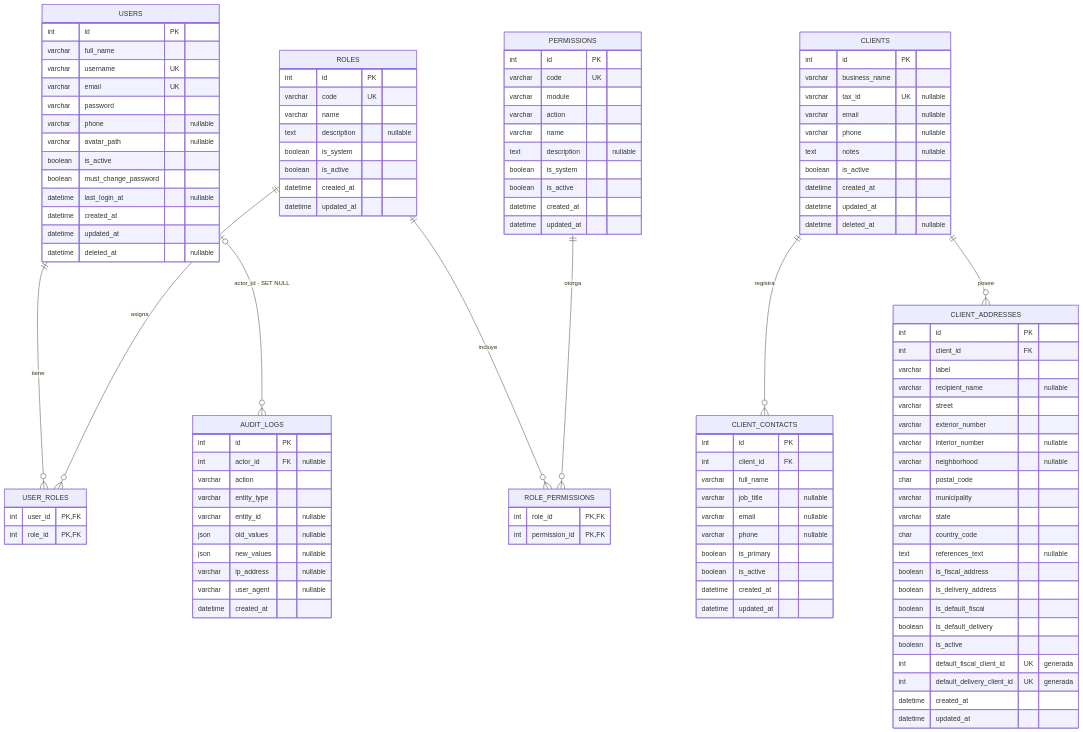
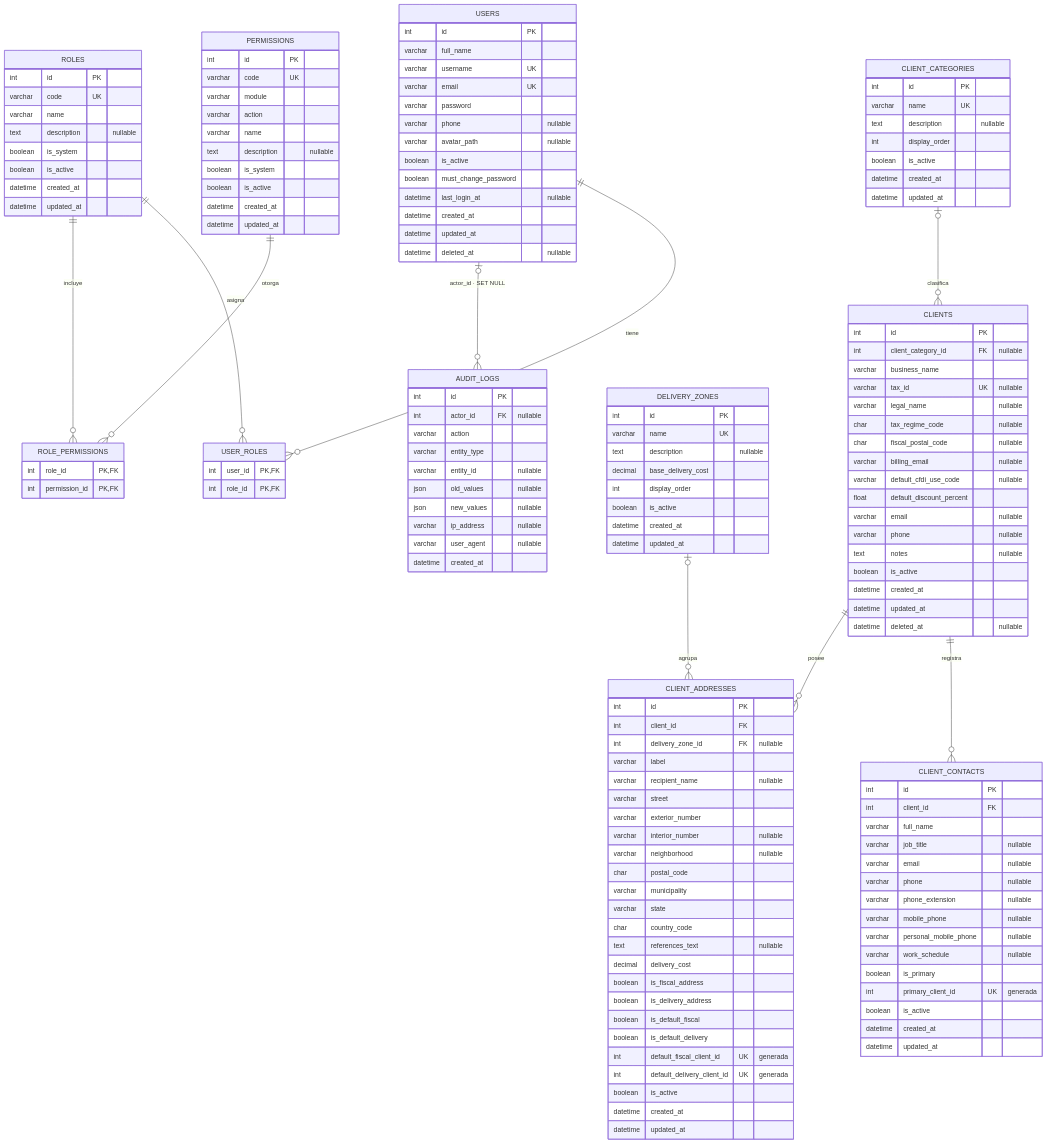
The diagram in PrintFlow_Contexto_24-07.md (UrielCG1/PrintFlow), drawn with Mermaid before and after one commit. The commit also changed other lines of this file and 46 other files, not shown here.

````diff
--- a/PrintFlow_Contexto_24-07.md
+++ b/PrintFlow_Contexto_24-07.md
@@ -398,10 +398,38 @@
         datetime created_at
     }
 
+    CLIENT_CATEGORIES {
+        int id PK
+        varchar name UK
+        text description "nullable"
+        int display_order
+        boolean is_active
+        datetime created_at
+        datetime updated_at
+    }
+
+    DELIVERY_ZONES {
+        int id PK
+        varchar name UK
+        text description "nullable"
+        decimal base_delivery_cost
+        int display_order
+        boolean is_active
+        datetime created_at
+        datetime updated_at
+    }
+
     CLIENTS {
         int id PK
+        int client_category_id FK "nullable"
         varchar business_name
         varchar tax_id UK "nullable"
+        varchar legal_name "nullable"
+        char tax_regime_code "nullable"
+        char fiscal_postal_code "nullable"
+        varchar billing_email "nullable"
+        varchar default_cfdi_use_code "nullable"
+        float default_discount_percent
         varchar email "nullable"
         varchar phone "nullable"
         text notes "nullable"
@@ -418,7 +446,12 @@
         varchar job_title "nullable"
         varchar email "nullable"
         varchar phone "nullable"
+        varchar phone_extension "nullable"
+        varchar mobile_phone "nullable"
+        varchar personal_mobile_phone "nullable"
+        varchar work_schedule "nullable"
         boolean is_primary
+        int primary_client_id UK "generada"
         boolean is_active
         datetime created_at
         datetime updated_at
@@ -427,6 +460,7 @@
     CLIENT_ADDRESSES {
         int id PK
         int client_id FK
+        int delivery_zone_id FK "nullable"
         varchar label
         varchar recipient_name "nullable"
         varchar street
@@ -438,13 +472,14 @@
         varchar state
         char country_code
         text references_text "nullable"
+        decimal delivery_cost
         boolean is_fiscal_address
         boolean is_delivery_address
         boolean is_default_fiscal
         boolean is_default_delivery
-        boolean is_active
         int default_fiscal_client_id UK "generada"
         int default_delivery_client_id UK "generada"
+        boolean is_active
         datetime created_at
         datetime updated_at
     }
@@ -454,6 +489,9 @@
     ROLES ||--o{ ROLE_PERMISSIONS : "incluye"
     PERMISSIONS ||--o{ ROLE_PERMISSIONS : "otorga"
     USERS o|--o{ AUDIT_LOGS : "actor_id · SET NULL"
+
+    CLIENT_CATEGORIES o|--o{ CLIENTS : "clasifica"
     CLIENTS ||--o{ CLIENT_CONTACTS : "registra"
     CLIENTS ||--o{ CLIENT_ADDRESSES : "posee"
+    DELIVERY_ZONES o|--o{ CLIENT_ADDRESSES : "agrupa"
 ```
````
